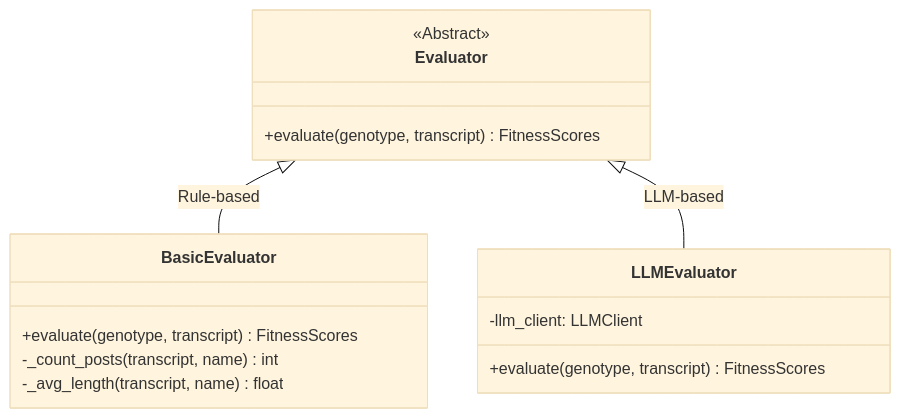
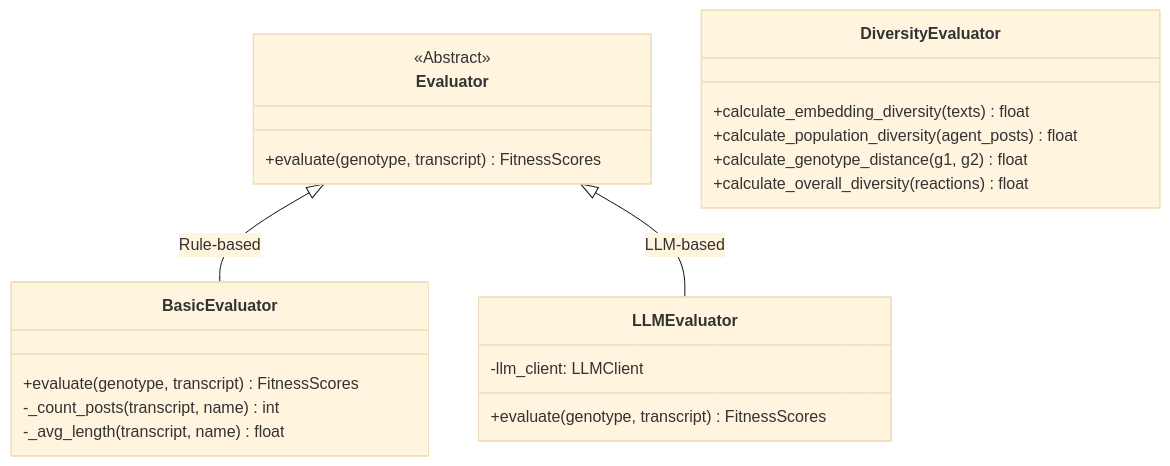
The diagram in evaluation/README.md (Keyhole-Koro/snackPersona), drawn with Mermaid (base theme) before and after one commit. The commit also changed other lines of this file and 3 other files, not shown here.

````diff
--- a/evaluation/README.md
+++ b/evaluation/README.md
@@ -15,19 +19,25 @@
 ```mermaid
 classDiagram
     class Evaluator {
         <<Abstract>>
         +evaluate(genotype, transcript) FitnessScores
     }
     class BasicEvaluator {
         +evaluate(genotype, transcript) FitnessScores
         -_count_posts(transcript, name) int
         -_avg_length(transcript, name) float
     }
     class LLMEvaluator {
         -llm_client: LLMClient
         +evaluate(genotype, transcript) FitnessScores
     }
+    class DiversityEvaluator {
+        +calculate_embedding_diversity(texts) float
+        +calculate_population_diversity(agent_posts) float
+        +calculate_genotype_distance(g1, g2) float
+        +calculate_overall_diversity(reactions) float
+    }
 
     Evaluator <|-- BasicEvaluator : Rule-based
     Evaluator <|-- LLMEvaluator : LLM-based
 ```
````
